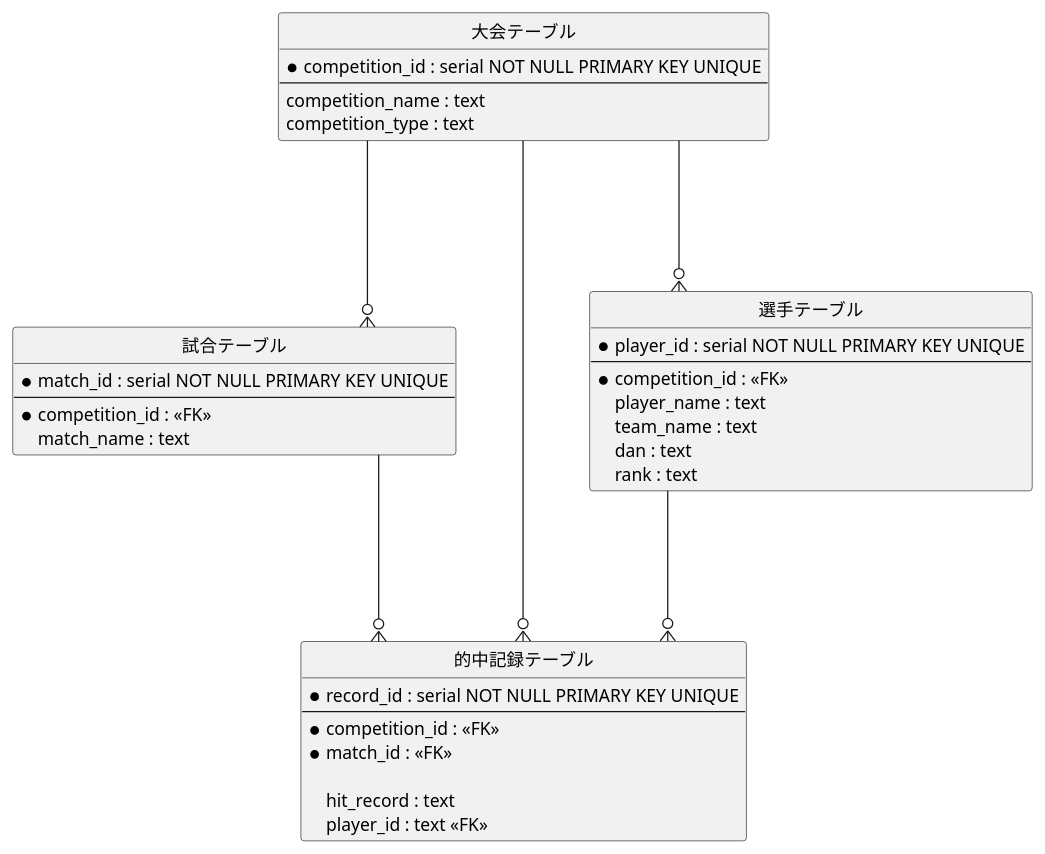
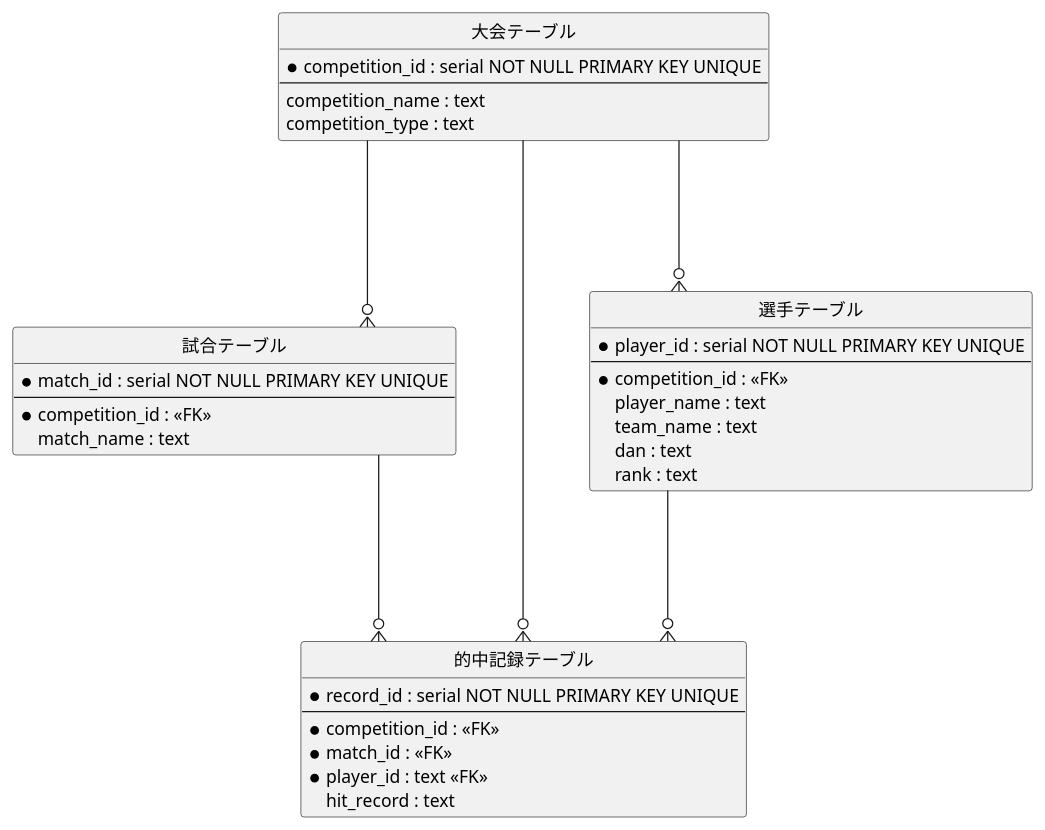
One commit to ssksoft/kyudo changed the diagram in uml/er_diagram.pu. Above: the diagram before and after it, drawn with PlantUML.

Commit message:
ER図完成

```diff
--- a/uml/er_diagram.pu
+++ b/uml/er_diagram.pu
@@ -1,49 +1,48 @@
 @startuml er_diagram
 
 ' hide the spot
 hide circle
 
 ' avoid problems with angled crows feet
 skinparam linetype ortho
 
 entity "大会テーブル" as competition_tbl {
   *competition_id : serial NOT NULL PRIMARY KEY UNIQUE
   --
   competition_name : text
   competition_type : text
 }
 
 entity "試合テーブル" as match_tbl {
   *match_id : serial NOT NULL PRIMARY KEY UNIQUE
   --
   *competition_id : <<FK>>
   match_name : text
 }
 
 entity "的中記録テーブル" as hit_record_tbl {
   *record_id : serial NOT NULL PRIMARY KEY UNIQUE
   --
   *competition_id : <<FK>>
   *match_id : <<FK>>
-
+  *player_id : text <<FK>>
   hit_record : text
-  player_id : text <<FK>>
 }
 
 entity "選手テーブル" as player_tbl {
   *player_id : serial NOT NULL PRIMARY KEY UNIQUE
   --
   *competition_id : <<FK>>
   player_name : text
   team_name : text
   dan : text
   rank : text
 }
 
 competition_tbl ---o{ match_tbl
 match_tbl ---o{ hit_record_tbl
 player_tbl ---o{ hit_record_tbl
 competition_tbl ---o{ hit_record_tbl
 competition_tbl ---o{ player_tbl
 
 @enduml
```
